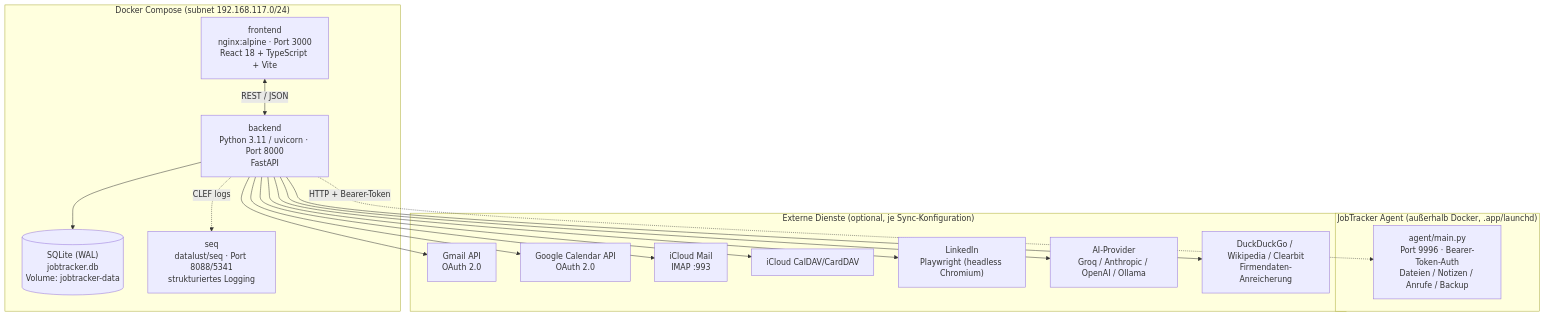
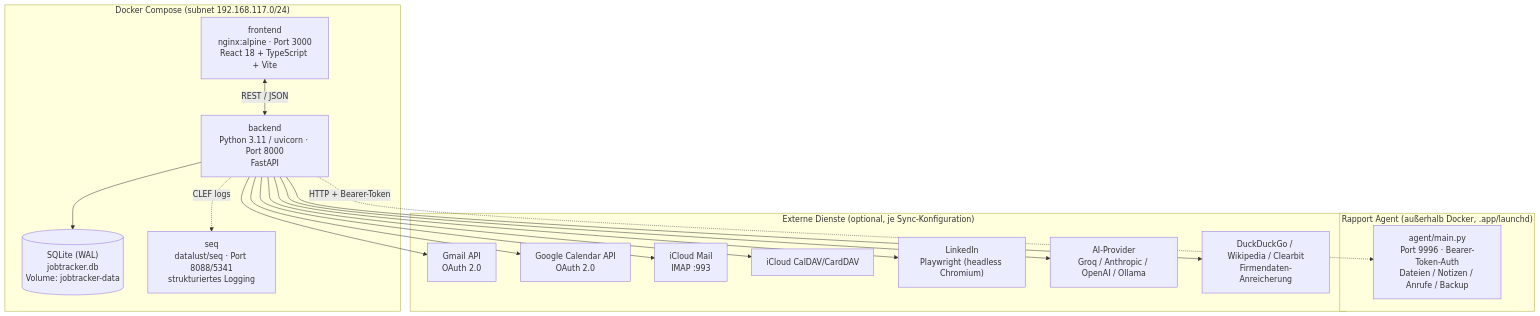
The first of 8 diagrams in docs/ARCHITECTURE.md (EGulinsky/rapport), drawn with Mermaid before and after one commit. The commit also changed other lines of this file and 41 other files, not shown here.

First line of the commit message:
Complete rename JobTracker → rapport (v3.33.1)

````diff
--- a/docs/ARCHITECTURE.md
+++ b/docs/ARCHITECTURE.md
@@ -23,35 +23,35 @@
 ```mermaid
 flowchart TB
     subgraph Docker["Docker Compose (subnet 192.168.117.0/24)"]
         FE["frontend<br/>nginx:alpine · Port 3000<br/>React 18 + TypeScript + Vite"]
         BE["backend<br/>Python 3.11 / uvicorn · Port 8000<br/>FastAPI"]
         DB[("SQLite (WAL)<br/>jobtracker.db<br/>Volume: jobtracker-data")]
         SEQ["seq<br/>datalust/seq · Port 8088/5341<br/>strukturiertes Logging"]
         FE <-->|"REST / JSON"| BE
         BE --> DB
         BE -.->|"CLEF logs"| SEQ
     end
 
-    subgraph Agent["JobTracker Agent (außerhalb Docker, .app/launchd)"]
+    subgraph Agent["Rapport Agent (außerhalb Docker, .app/launchd)"]
         AgentSvc["agent/main.py<br/>Port 9996 · Bearer-Token-Auth<br/>Dateien / Notizen / Anrufe / Backup"]
     end
 
     subgraph External["Externe Dienste (optional, je Sync-Konfiguration)"]
         Gmail["Gmail API<br/>OAuth 2.0"]
         GCal["Google Calendar API<br/>OAuth 2.0"]
         ICloudMail["iCloud Mail<br/>IMAP :993"]
         ICloudCal["iCloud CalDAV/CardDAV"]
         LinkedIn["LinkedIn<br/>Playwright (headless Chromium)"]
         AIProvider["AI-Provider<br/>Groq / Anthropic / OpenAI / Ollama"]
         Enrichment["DuckDuckGo / Wikipedia / Clearbit<br/>Firmendaten-Anreicherung"]
     end
 
     BE --> Gmail
     BE --> GCal
     BE --> ICloudMail
     BE --> ICloudCal
     BE --> LinkedIn
     BE --> AIProvider
     BE --> Enrichment
     BE -.->|"HTTP + Bearer-Token"| AgentSvc
 ```
````
